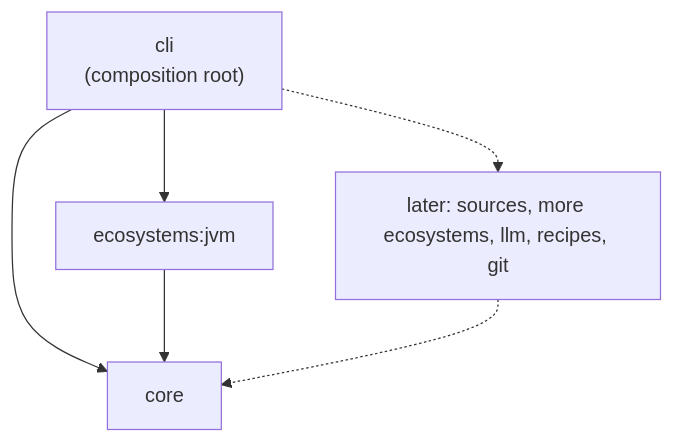
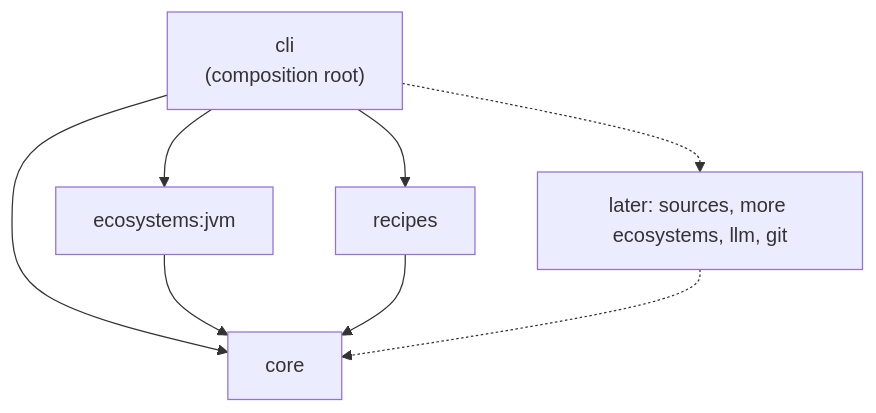
One commit to danvan86/lector-ai changed the second of 6 diagrams in docs/architecture/project-skeleton.md. Above: the diagram before and after it, drawn with Mermaid. The commit also changed other lines of this file and 3 other files, not shown here.

First line of the commit message:
docs(architecture): document recipe migration for M2

````diff
--- a/docs/architecture/project-skeleton.md
+++ b/docs/architecture/project-skeleton.md
@@ -46,8 +47,10 @@
 ```mermaid
 flowchart TB
     cli["cli<br/>(composition root)"] --> core
     jvm["ecosystems:jvm"] --> core
     cli --> jvm
-    later["later: sources, more ecosystems, llm, recipes, git"] -.-> core
+    recipes --> core
+    cli --> recipes
+    later["later: sources, more ecosystems, llm, git"] -.-> core
     cli -.-> later
 ```
````
